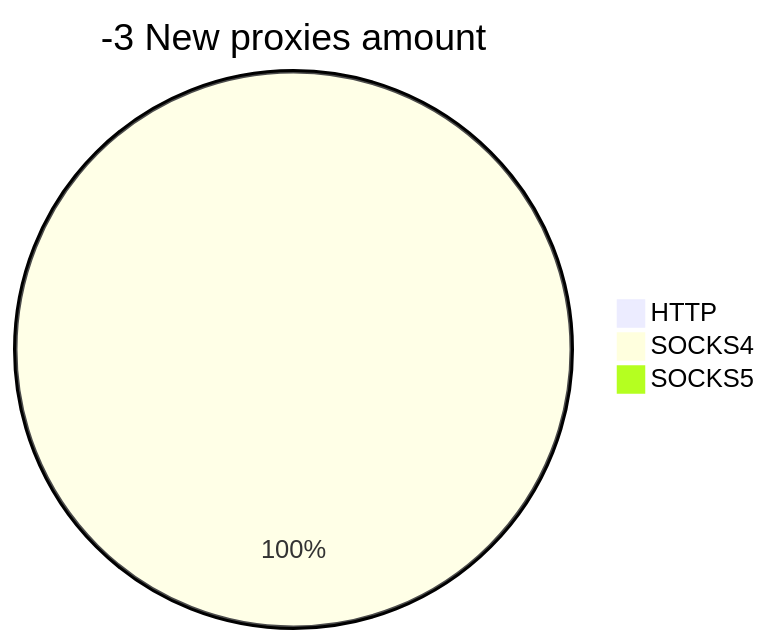
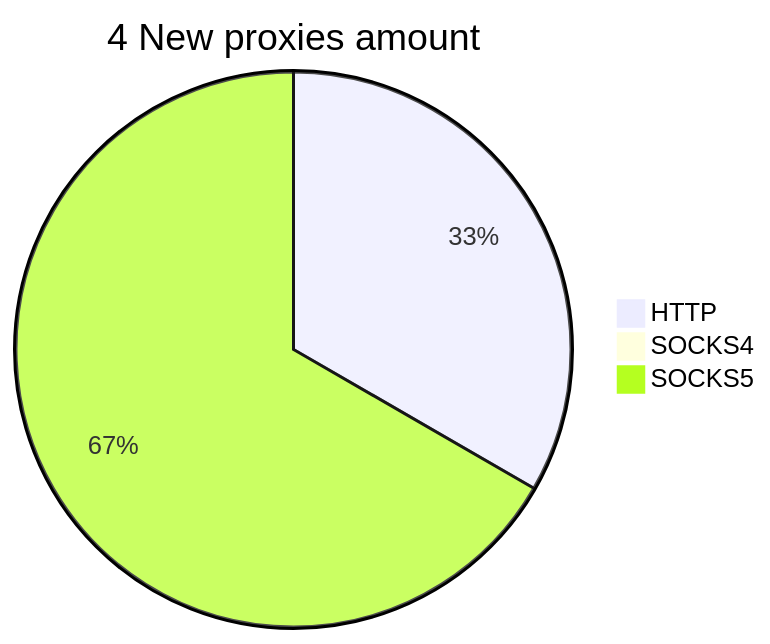
The second of 2 diagrams in README.md (cutipu/proxylist), drawn with Mermaid before and after one commit. The commit also changed other lines of this file, not shown here.

````diff
--- a/README.md
+++ b/README.md
@@ -10,6 +10,6 @@
 ```mermaid
-pie title -3 New proxies amount
-    "HTTP" : 0
-    "SOCKS4" : 2
-    "SOCKS5" : 0
+pie title 4 New proxies amount
+    "HTTP" : 2
+    "SOCKS4" : 0
+    "SOCKS5" : 4
 ```
````
